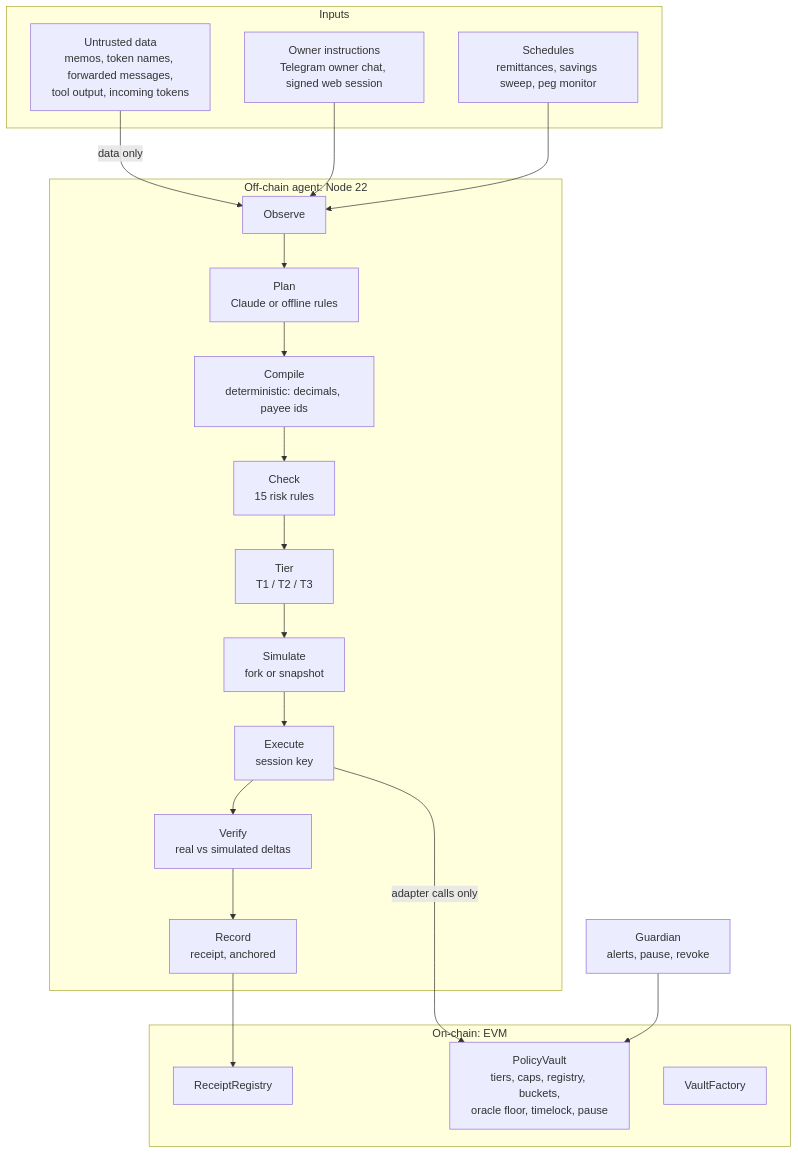
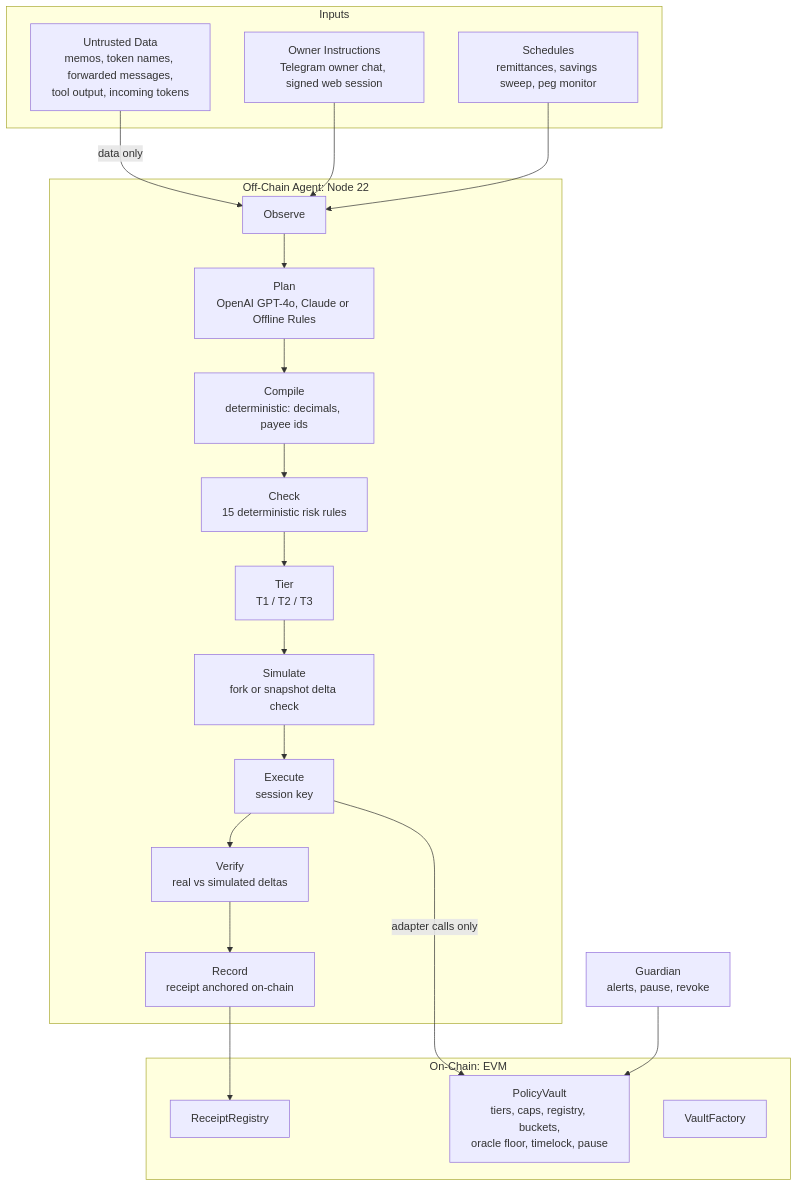
One commit to feedofmri/Covenant changed the diagram in README.md. Above: the diagram before and after it, drawn with Mermaid. The commit also changed other lines of this file and 14 other files, not shown here.

````diff
--- a/README.md
+++ b/README.md
@@ -87,29 +104,29 @@
 ```mermaid
 flowchart TB
   subgraph inputs[Inputs]
-    U["Untrusted data<br/>memos, token names, forwarded messages,<br/>tool output, incoming tokens"]
-    O["Owner instructions<br/>Telegram owner chat, signed web session"]
+    U["Untrusted Data<br/>memos, token names, forwarded messages,<br/>tool output, incoming tokens"]
+    O["Owner Instructions<br/>Telegram owner chat, signed web session"]
     S["Schedules<br/>remittances, savings sweep, peg monitor"]
   end
-  subgraph agent[Off-chain agent: Node 22]
-    OB[Observe] --> PL["Plan<br/>Claude or offline rules"]
+  subgraph agent[Off-Chain Agent: Node 22]
+    OB[Observe] --> PL["Plan<br/>OpenAI GPT-4o, Claude or Offline Rules"]
     PL --> CO["Compile<br/>deterministic: decimals, payee ids"]
-    CO --> CH["Check<br/>15 risk rules"]
+    CO --> CH["Check<br/>15 deterministic risk rules"]
     CH --> TI["Tier<br/>T1 / T2 / T3"]
-    TI --> SI["Simulate<br/>fork or snapshot"]
+    TI --> SI["Simulate<br/>fork or snapshot delta check"]
     SI --> EX["Execute<br/>session key"]
     EX --> VE["Verify<br/>real vs simulated deltas"]
-    VE --> RE["Record<br/>receipt, anchored"]
+    VE --> RE["Record<br/>receipt anchored on-chain"]
   end
-  subgraph chain[On-chain: EVM]
+  subgraph chain[On-Chain: EVM]
     PV["PolicyVault<br/>tiers, caps, registry, buckets,<br/>oracle floor, timelock, pause"]
     RR[ReceiptRegistry]
     VF[VaultFactory]
   end
   U -- data only --> OB
   O --> OB
   S --> OB
   EX -- adapter calls only --> PV
   RE --> RR
   G["Guardian<br/>alerts, pause, revoke"] --> PV
 ```
````
